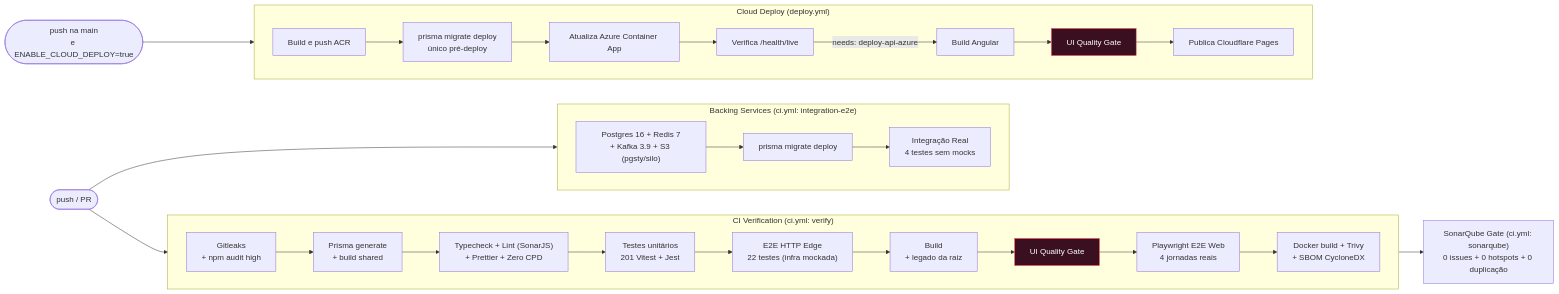
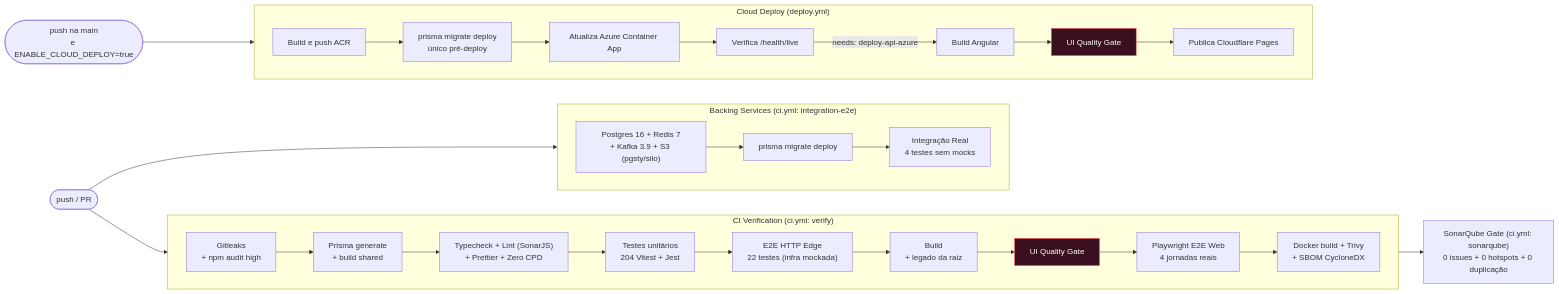
The eighth of 12 diagrams in README.md (Digooow/pokedex-frontend), drawn with Mermaid before and after one commit. The commit also changed other lines of this file and 44 other files, not shown here.

````diff
--- a/README.md
+++ b/README.md
@@ -484,34 +484,34 @@
 ```mermaid
 flowchart LR
   push(["push / PR"]) --> v
   push --> integ
 
   subgraph v["CI Verification (ci.yml: verify)"]
     direction LR
     s0["Gitleaks<br/>+ npm audit high"] --> s1["Prisma generate<br/>+ build shared"] --> s2["Typecheck + Lint (SonarJS)<br/>+ Prettier + Zero CPD"]
-    s2 --> s4["Testes unitários<br/>201 Vitest + Jest"]
+    s2 --> s4["Testes unitários<br/>204 Vitest + Jest"]
     s4 --> s5["E2E HTTP Edge<br/>22 testes (infra mockada)"]
     s5 --> s6["Build<br/>+ legado da raiz"]
     s6 --> s7["UI Quality Gate"]
     s7 --> s7b["Playwright E2E Web<br/>4 jornadas reais"]
     s7b --> s8["Docker build + Trivy<br/>+ SBOM CycloneDX"]
   end
 
   v --> sq["SonarQube Gate (ci.yml: sonarqube)<br/>0 issues + 0 hotspots + 0 duplicação"]
 
   subgraph integ["Backing Services (ci.yml: integration-e2e)"]
     direction LR
     i1["Postgres 16 + Redis 7<br/>+ Kafka 3.9 + S3 (pgsty/silo)"] --> i2["prisma migrate deploy"] --> i3["Integração Real<br/>4 testes sem mocks"]
   end
 
   push2(["push na main<br/>e ENABLE_CLOUD_DEPLOY=true"]) --> d
 
   subgraph d["Cloud Deploy (deploy.yml)"]
     direction LR
     a1["Build e push ACR"] --> a1b["prisma migrate deploy<br/>único pré-deploy"] --> a2["Atualiza Azure Container App"] --> a3["Verifica /health/live"]
     a3 -->|"needs: deploy-api-azure"| b1["Build Angular"] --> b2["UI Quality Gate"] --> b3["Publica Cloudflare Pages"]
   end
 
   classDef gate fill:#3a1020,stroke:#ff3b4e,color:#fff
   class s7,b2 gate
 ```
````
